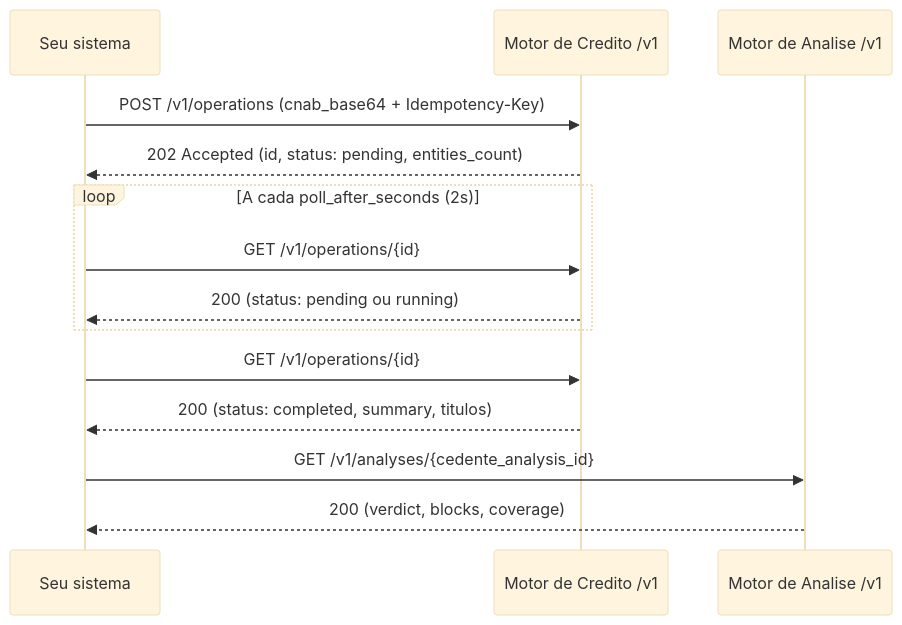
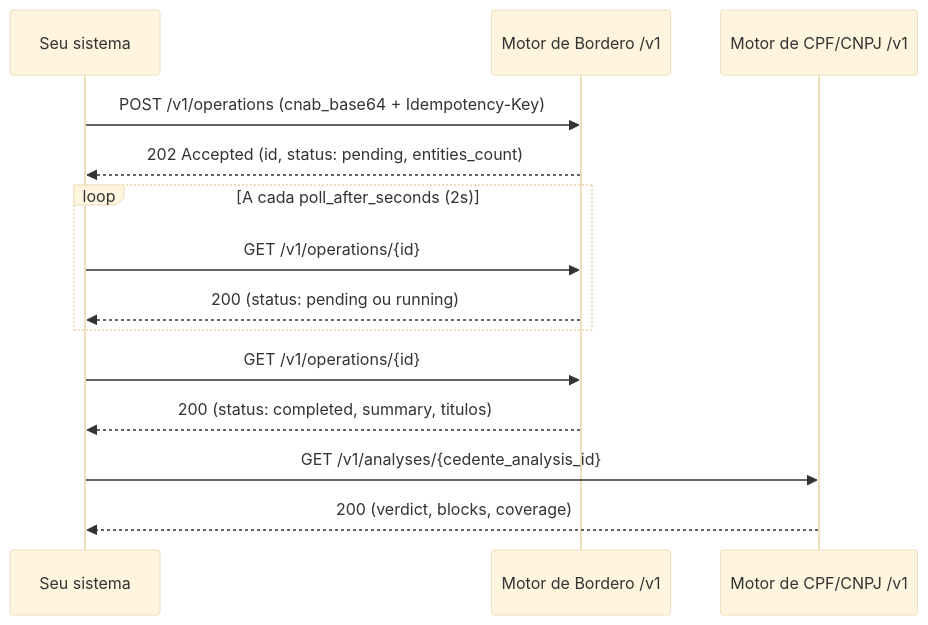
The diagram in credito/introducao.mdx (Sherlocker-LTDA/docs), drawn with Mermaid (base theme) before and after one commit. The commit also changed other lines of this file and 13 other files, not shown here.

````diff
--- a/credito/introducao.mdx
+++ b/credito/introducao.mdx
@@ -27,16 +27,16 @@
 ```mermaid
 sequenceDiagram
     participant C as Seu sistema
-    participant S as Motor de Credito /v1
-    participant A as Motor de Analise /v1
+    participant S as Motor de Bordero /v1
+    participant A as Motor de CPF/CNPJ /v1
     C->>S: POST /v1/operations (cnab_base64 + Idempotency-Key)
     S-->>C: 202 Accepted (id, status: pending, entities_count)
     loop A cada poll_after_seconds (2s)
         C->>S: GET /v1/operations/{id}
         S-->>C: 200 (status: pending ou running)
     end
     C->>S: GET /v1/operations/{id}
     S-->>C: 200 (status: completed, summary, titulos)
     C->>A: GET /v1/analyses/{cedente_analysis_id}
     A-->>C: 200 (verdict, blocks, coverage)
 ```
````
